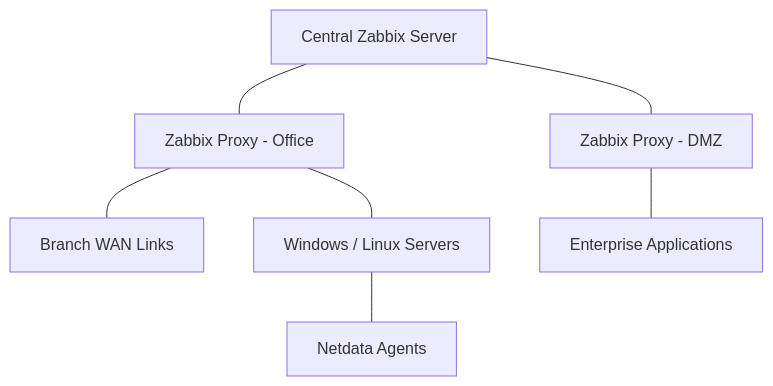
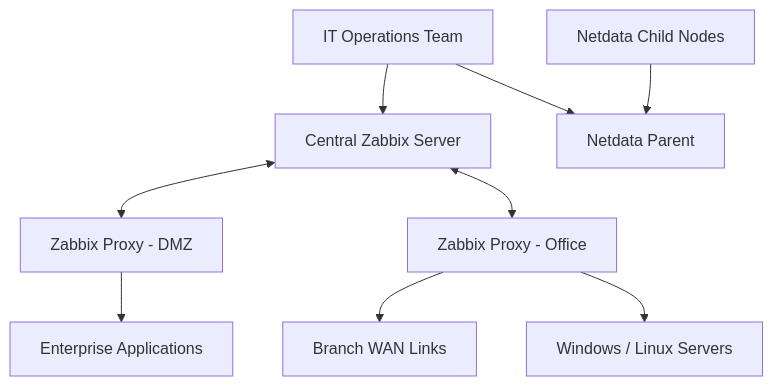
The first of 2 diagrams in docs/architecture.md (elahegivi/enterprise-infrastructure-monitoring), drawn with Mermaid before and after one commit. The commit also changed other lines of this file, not shown here.

Commit message:
Refine enterprise monitoring architecture documentation

````diff
--- a/docs/architecture.md
+++ b/docs/architecture.md
@@ -14,17 +16,27 @@
 ```mermaid
 flowchart TB
+    OPS["IT Operations Team"]
     ZS["Central Zabbix Server"]
+
     PD["Zabbix Proxy - DMZ"]
     PO["Zabbix Proxy - Office"]
+
     BR["Branch WAN Links"]
     SR["Windows / Linux Servers"]
     AP["Enterprise Applications"]
-    ND["Netdata Agents"]
 
-    ZS --- PD
-    ZS --- PO
-    PO --- BR
-    PO --- SR
-    PD --- AP
-    SR --- ND
+    NP["Netdata Parent"]
+    NC["Netdata Child Nodes"]
+
+    OPS --> ZS
+    OPS --> NP
+
+    ZS <--> PD
+    ZS <--> PO
+
+    PO --> BR
+    PO --> SR
+    PD --> AP
+
+    NC --> NP
 ```
````
